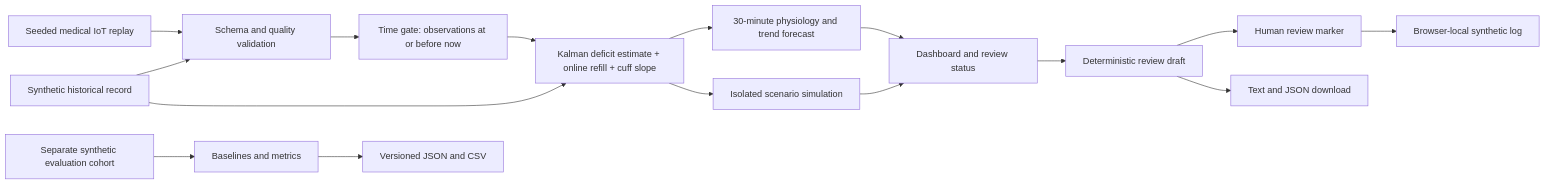
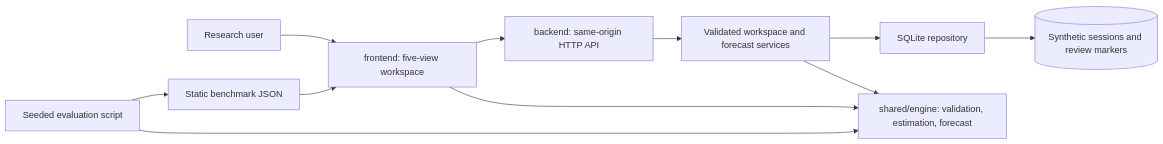
One commit to Prem-333/Nephra changed the diagram in docs/architecture.md. Above: the diagram before and after it, drawn with Mermaid. The commit also changed other lines of this file and 104 other files, not shown here.

````diff
--- a/docs/architecture.md
+++ b/docs/architecture.md
@@ -3,18 +5,13 @@
 ```mermaid
 flowchart LR
-    H[Synthetic historical record] --> V[Schema and quality validation]
-    S[Seeded medical IoT replay] --> V
-    V --> G[Time gate: observations at or before now]
-    G --> K[Kalman deficit estimate + online refill + cuff slope]
-    H --> K
-    K --> F[30-minute physiology and trend forecast]
-    K --> C[Isolated scenario simulation]
-    F --> D[Dashboard and review status]
-    C --> D
-    D --> N[Deterministic review draft]
-    N --> R[Human review marker]
-    R --> L[Browser-local synthetic log]
-    N --> X[Text and JSON download]
-    E[Separate synthetic evaluation cohort] --> B[Baselines and metrics]
-    B --> J[Versioned JSON and CSV]
+  User[Research user] --> UI[frontend: five-view workspace]
+  UI --> Engine[shared/engine: validation, estimation, forecast]
+  UI --> API[backend: same-origin HTTP API]
+  API --> Service[Validated workspace and forecast services]
+  Service --> Engine
+  Service --> Repo[SQLite repository]
+  Repo --> DB[(Synthetic sessions and review markers)]
+  Eval[Seeded evaluation script] --> Engine
+  Eval --> Metrics[Static benchmark JSON]
+  Metrics --> UI
 ```
````
